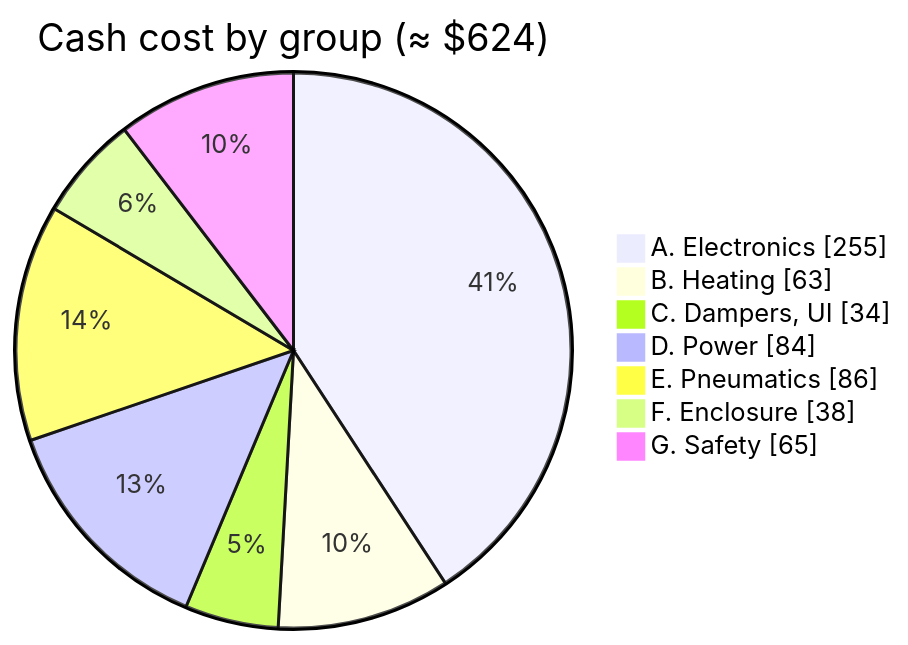
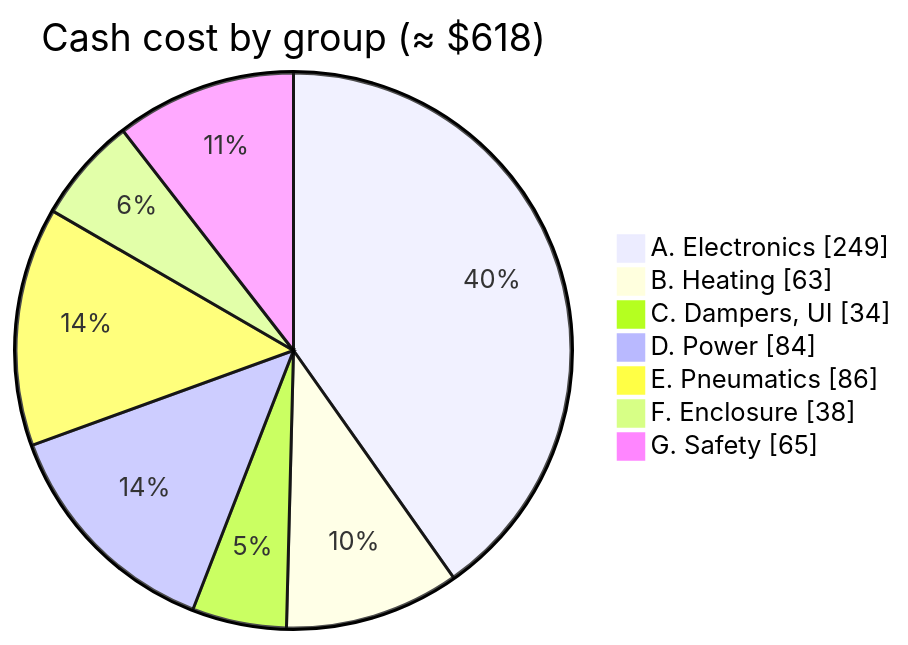
The diagram in docs/03_bill_of_materials.md (BashfulBits/3dp-fleet-exhaust), drawn with Mermaid before and after one commit. The commit also changed other lines of this file and 5 other files, not shown here.

````diff
--- a/docs/03_bill_of_materials.md
+++ b/docs/03_bill_of_materials.md
@@ -28,11 +28,11 @@
 ```mermaid
 pie showData
-  title Cash cost by group (≈ $624)
-  "A. Electronics" : 255
+  title Cash cost by group (≈ $618)
+  "A. Electronics" : 249
   "B. Heating" : 63
   "C. Dampers, UI" : 34
   "D. Power" : 84
   "E. Pneumatics" : 86
   "F. Enclosure" : 38
   "G. Safety" : 65
 ```
````
